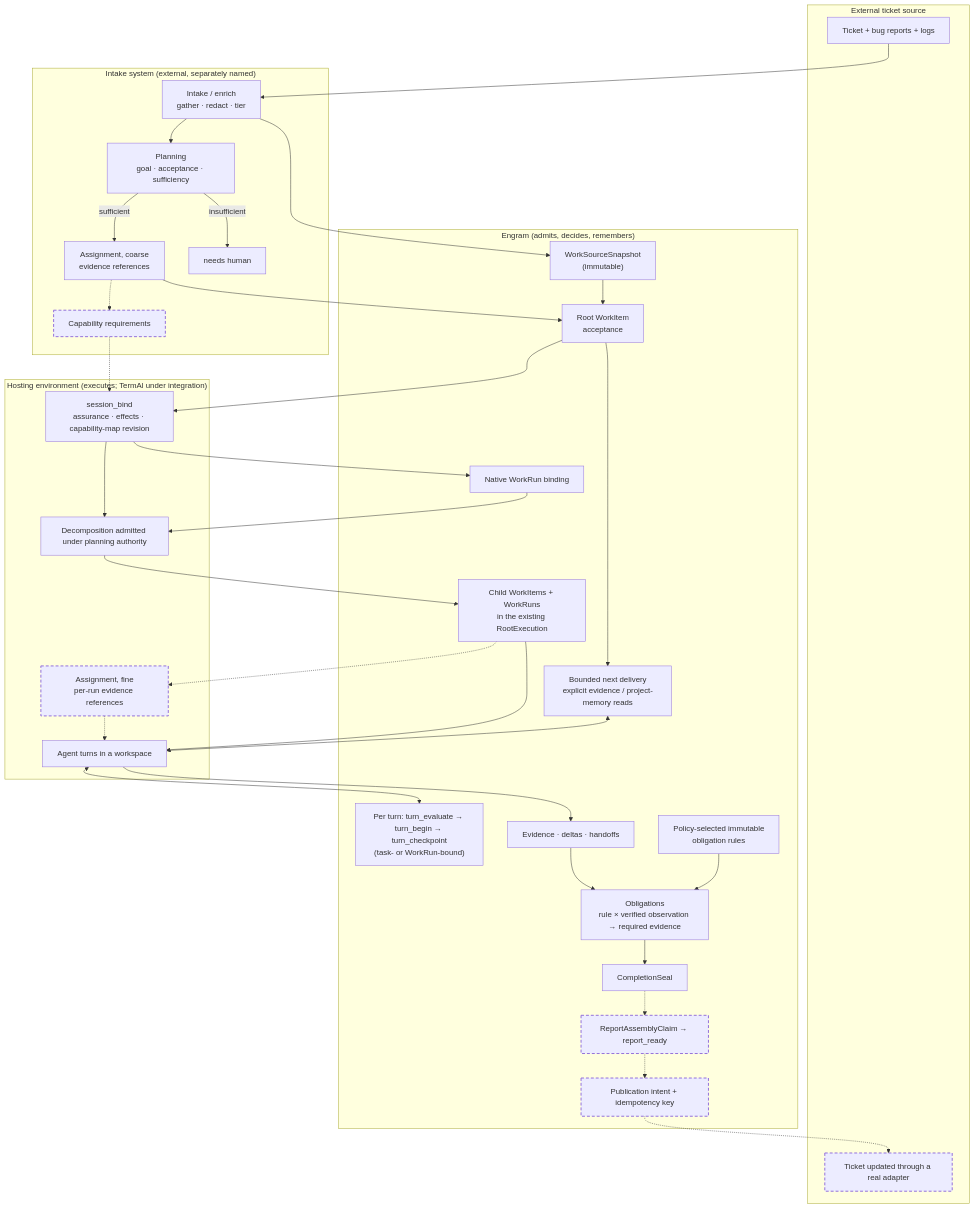
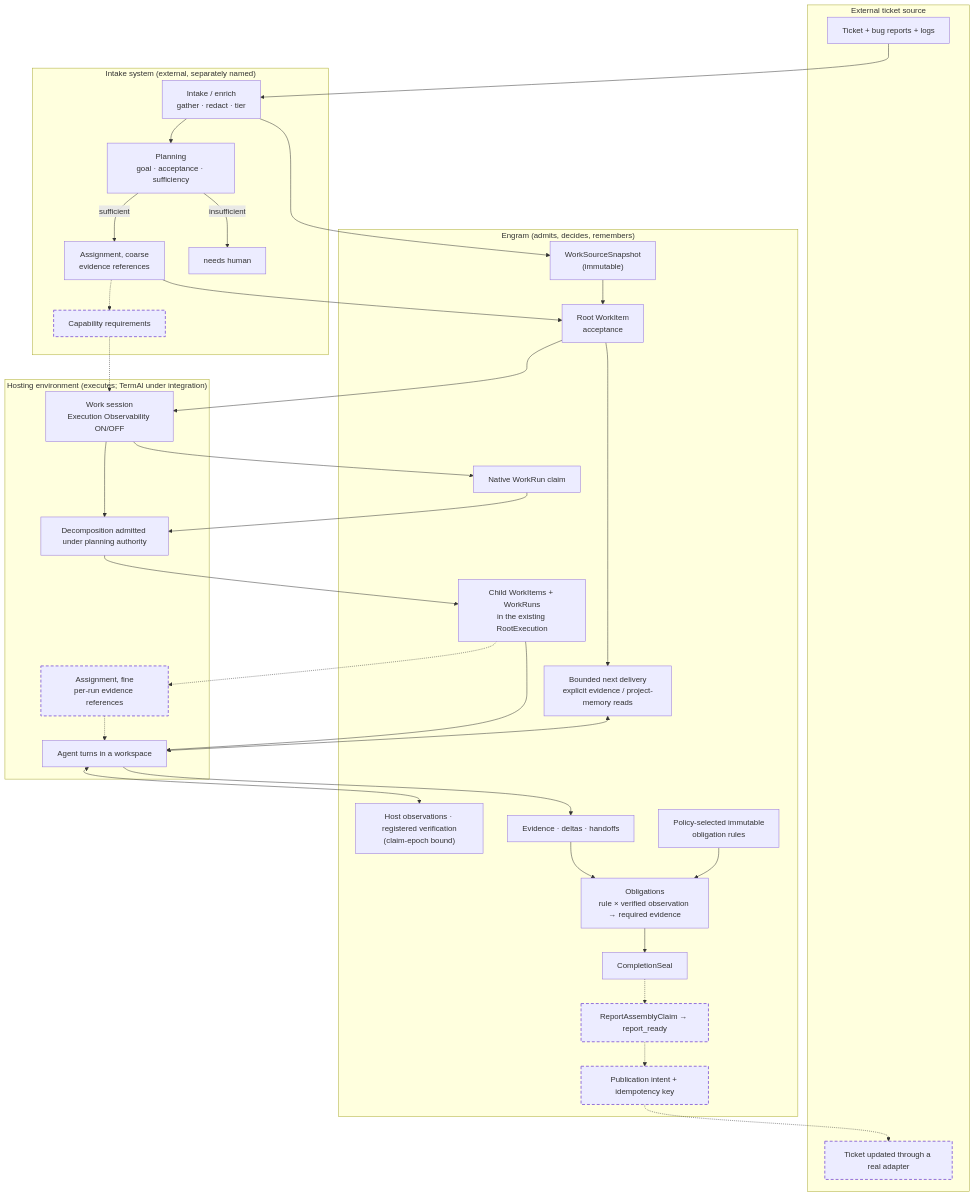
Before and after one commit to grlap/Engram: the diagram in docs/features/execution-pipeline.md, drawn with Mermaid. The commit also changed other lines of this file and 278 other files, not shown here.

````diff
--- a/docs/features/execution-pipeline.md
+++ b/docs/features/execution-pipeline.md
@@ -90,62 +88,62 @@
 ```mermaid
 flowchart TD
     classDef planned stroke-dasharray: 6 4,stroke-width:2px;
 
     subgraph EXT["External ticket source"]
         T["Ticket + bug reports + logs"]
         R["Ticket updated through a real adapter"]
     end
 
     subgraph UP["Intake system (external, separately named)"]
         I["Intake / enrich<br/>gather · redact · tier"]
         P["Planning<br/>goal · acceptance · sufficiency"]
         A1["Assignment, coarse<br/>evidence references"]
         CR["Capability requirements"]
         H["needs human"]
     end
 
     subgraph EN["Engram (admits, decides, remembers)"]
         S["WorkSourceSnapshot<br/>(immutable)"]
         W["Root WorkItem<br/>acceptance"]
         C["Bounded next delivery<br/>explicit evidence / project-memory reads"]
         RE["Child WorkItems + WorkRuns<br/>in the existing RootExecution"]
-        CT["Per turn: turn_evaluate → turn_begin → turn_checkpoint<br/>(task- or WorkRun-bound)"]
-        WB["Native WorkRun binding"]
+        CT["Host observations · registered verification<br/>(claim-epoch bound)"]
+        WB["Native WorkRun claim"]
         EV["Evidence · deltas · handoffs"]
         PO["Policy-selected immutable<br/>obligation rules"]
         OB["Obligations<br/>rule × verified observation → required evidence"]
         SE["CompletionSeal"]
         RA["ReportAssemblyClaim → report_ready"]
         PI["Publication intent + idempotency key"]
     end
 
     subgraph HO["Hosting environment (executes; TermAl under integration)"]
-        B["session_bind<br/>assurance · effects · capability-map revision"]
+        B["Work session<br/>Execution Observability ON/OFF"]
         D["Decomposition admitted under planning authority"]
         A2["Assignment, fine<br/>per-run evidence references"]
         X["Agent turns in a workspace"]
     end
 
     T --> I --> P
     P -- "insufficient" --> H
     P -- "sufficient" --> A1
     A1 -.-> CR
     I --> S
     A1 --> W
     W --> C
     S --> W
     W --> B
     CR -.-> B
     B --> WB --> D
     B --> D --> RE
     RE -.-> A2 -.-> X
     RE --> X
     C <--> X
     X <--> CT
     X --> EV
     EV --> OB --> SE
     PO --> OB
     SE -.-> RA -.-> PI -.-> R
 
     class CR,A2,RA,PI,R planned
 ```
````
